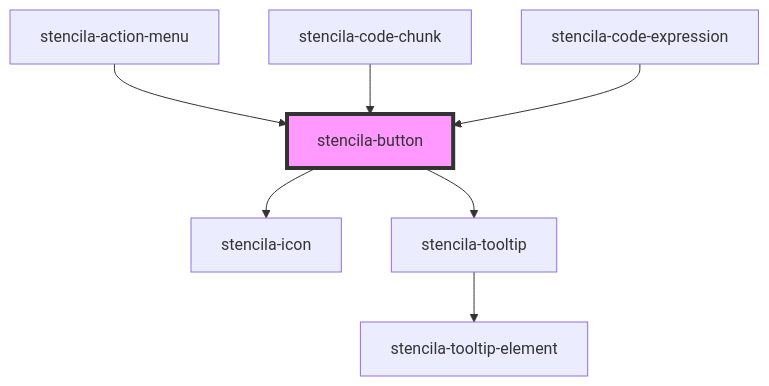
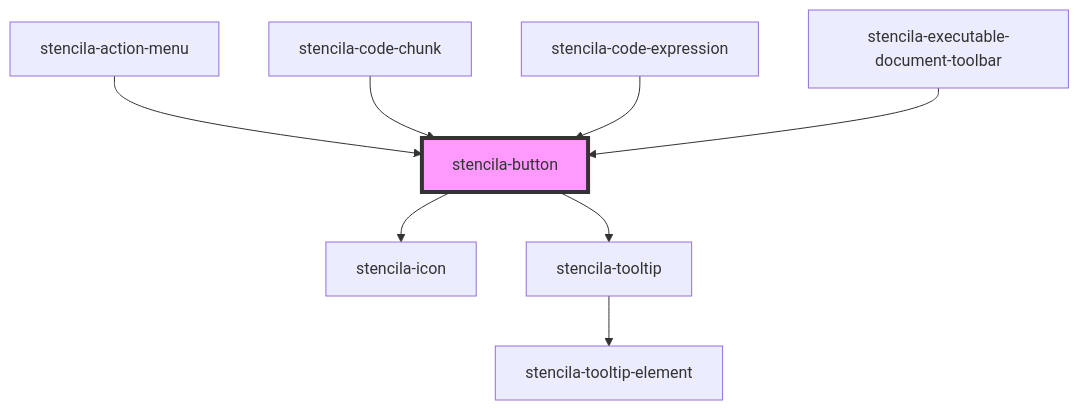
One commit to stencila/designa changed the diagram in packages/components/src/components/button/readme.md. Above: the diagram before and after it, drawn with Mermaid. The commit also changed other lines of this file and 20 other files, not shown here.

````diff
--- a/packages/components/src/components/button/readme.md
+++ b/packages/components/src/components/button/readme.md
@@ -42,10 +43,11 @@
 ```mermaid
 graph TD;
   stencila-button --> stencila-icon
   stencila-button --> stencila-tooltip
   stencila-tooltip --> stencila-tooltip-element
   stencila-action-menu --> stencila-button
   stencila-code-chunk --> stencila-button
   stencila-code-expression --> stencila-button
+  stencila-executable-document-toolbar --> stencila-button
   style stencila-button fill:#f9f,stroke:#333,stroke-width:4px
 ```
````
